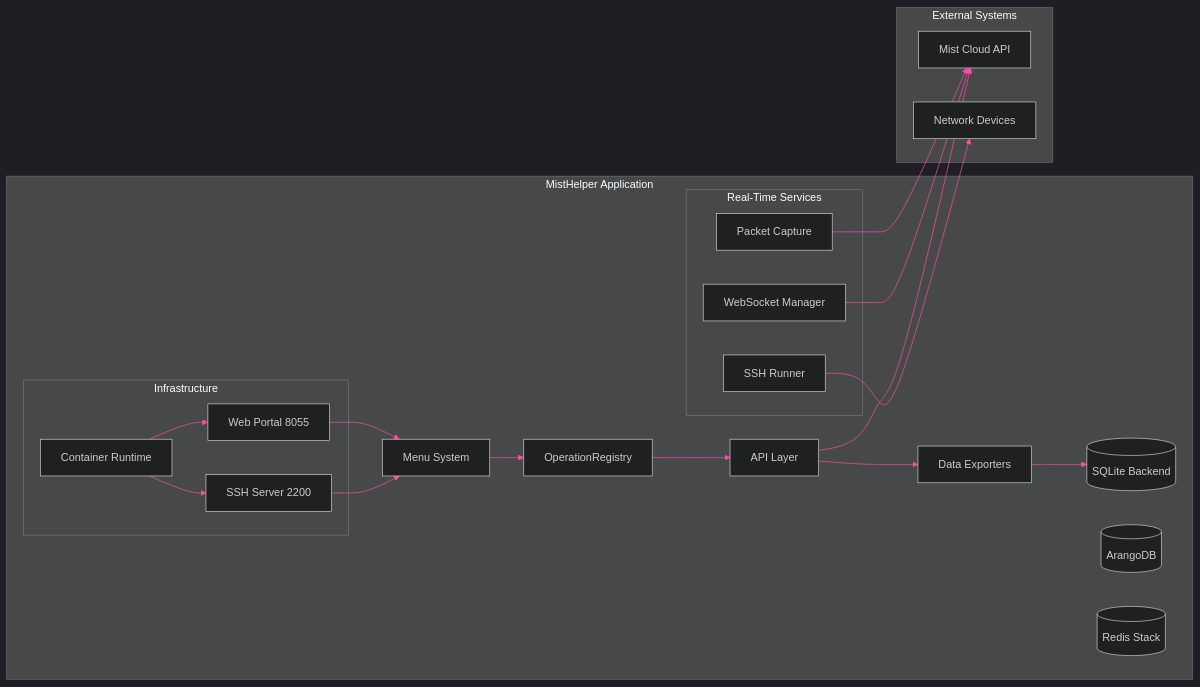
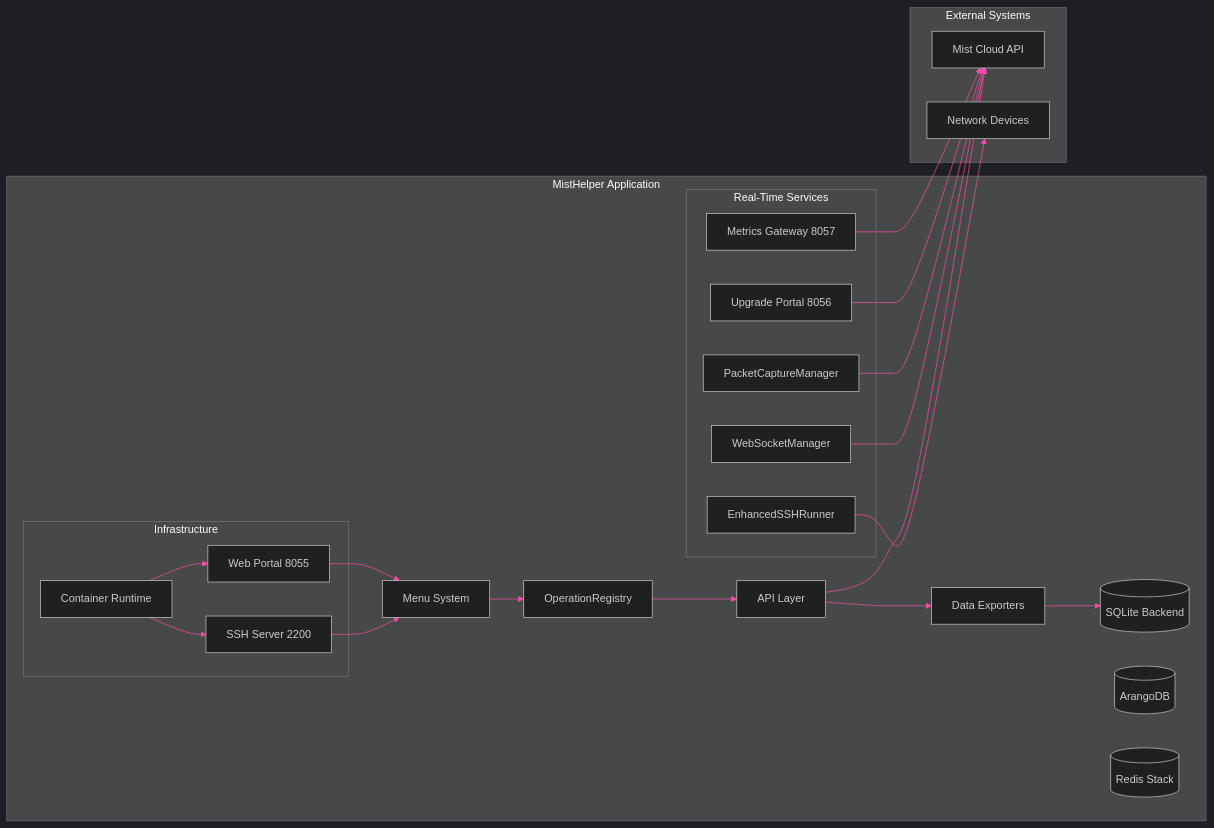
The first of 2 diagrams in documentation/architecture.md (jmorrison-juniper/MistHelper), drawn with Mermaid before and after one commit. The commit also changed other lines of this file and 110 other files, not shown here.

````diff
--- a/documentation/architecture.md
+++ b/documentation/architecture.md
@@ -15,48 +14,52 @@
 ```mermaid
 %%{init: {'theme': 'dark', 'themeVariables': {
   'primaryColor': '#E20074',
   'primaryTextColor': '#E0E0E0',
   'primaryBorderColor': '#99004D',
   'lineColor': '#FF4DA6',
   'secondaryColor': '#16213E',
   'tertiaryColor': '#1A1A2E',
   'fontFamily': 'ui-monospace, monospace'
 }}}%%
 flowchart LR
     subgraph misthelper["MistHelper Application"]
         menu["Menu System"]
         registry["OperationRegistry"]
         api["API Layer"]
         exporters["Data Exporters"]
         db[("SQLite Backend")]
         arango[("ArangoDB")]
         redis[("Redis Stack")]
 
         subgraph realtime["Real-Time Services"]
-            websocket["WebSocket Manager"]
-            ssh_runner["SSH Runner"]
-            pcap["Packet Capture"]
+            websocket["WebSocketManager"]
+            ssh_runner["EnhancedSSHRunner"]
+            pcap["PacketCaptureManager"]
+            capture_portal["Upgrade Portal 8056"]
+            metrics_gateway["Metrics Gateway 8057"]
         end
 
         subgraph infra["Infrastructure"]
             container["Container Runtime"]
             web_portal["Web Portal 8055"]
             ssh_server["SSH Server 2200"]
         end
     end
 
     subgraph external["External Systems"]
         mist_api["Mist Cloud API"]
         devices["Network Devices"]
     end
 
     menu --> registry --> api --> exporters --> db
     api --> mist_api
     websocket --> mist_api
     ssh_runner --> devices
     pcap --> mist_api
+    capture_portal --> mist_api
+    metrics_gateway --> mist_api
     ssh_server --> menu
     web_portal --> menu
     container --> ssh_server
     container --> web_portal
 ```
````
